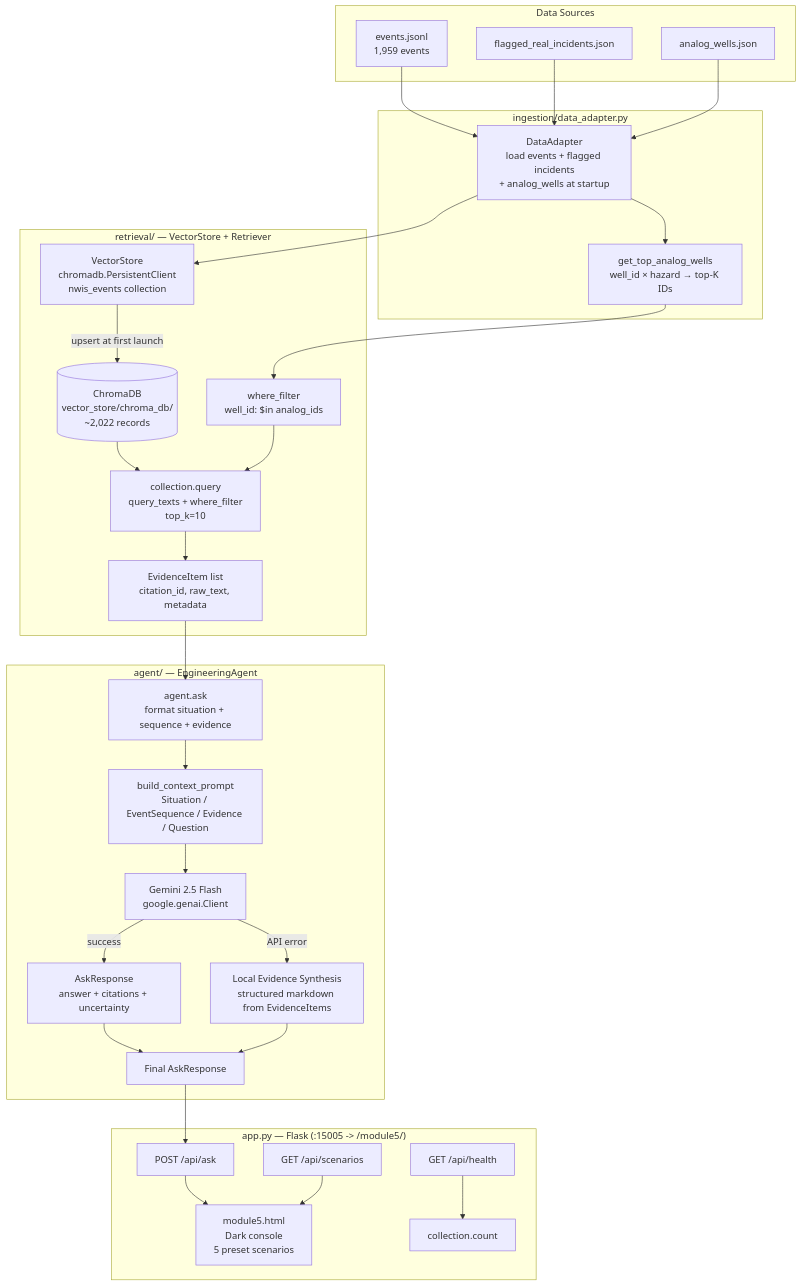
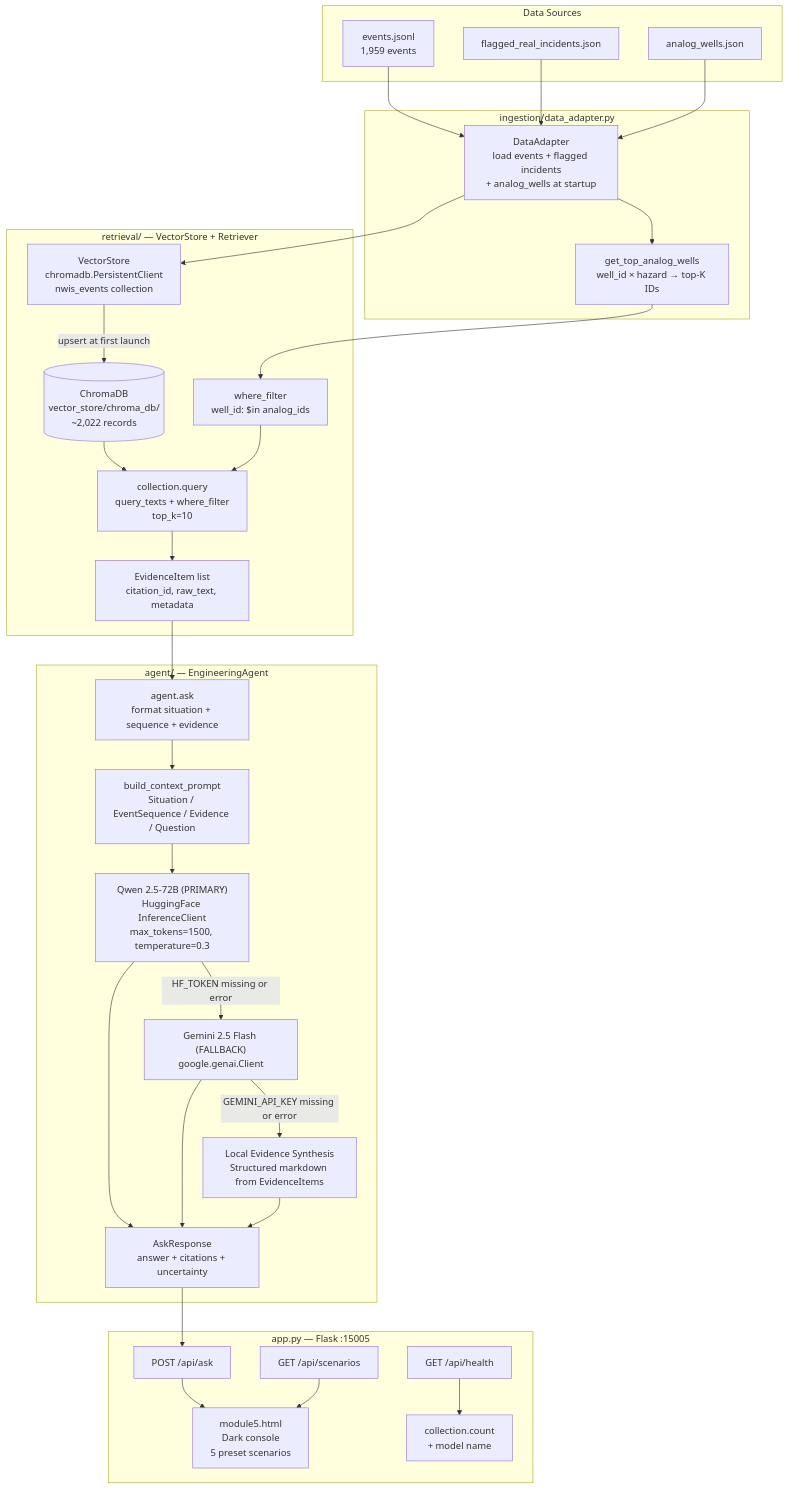
Before and after one commit to n3ssdub3y/SIH_2026_PLANNS: diagram 13 of 16 in ARCHITECTURE.md, drawn with Mermaid. The commit also changed other lines of this file and 3 other files, not shown here.

Commit message:
update architecture, a unified project research doc and an antigravity arch update rule

````diff
--- a/ARCHITECTURE.md
+++ b/ARCHITECTURE.md
@@ -735,40 +807,40 @@
 ```mermaid
 graph TD
     subgraph "Data Sources"
         M1E["events.jsonl\n1,959 events"]
         M1F["flagged_real_incidents.json"]
         M2A["analog_wells.json"]
     end
 
     subgraph "ingestion/data_adapter.py"
         M1E --> DA["DataAdapter\nload events + flagged incidents\n+ analog_wells at startup"]
         M1F --> DA
         M2A --> DA
         DA --> GET_ANALOGS["get_top_analog_wells\nwell_id × hazard → top-K IDs"]
     end
 
     subgraph "retrieval/ — VectorStore + Retriever"
         DA --> VS["VectorStore\nchromadb.PersistentClient\nnwis_events collection"]
         VS -->|"upsert at first launch"| CHROMA[("ChromaDB\nvector_store/chroma_db/\n~2,022 records")]
         GET_ANALOGS --> FILT["where_filter\nwell_id: $in analog_ids"]
         CHROMA --> SEARCH["collection.query\nquery_texts + where_filter\ntop_k=10"]
         FILT --> SEARCH
         SEARCH --> EV["EvidenceItem list\ncitation_id, raw_text, metadata"]
     end
 
     subgraph "agent/ — EngineeringAgent"
         EV --> AGT["agent.ask\nformat situation + sequence + evidence"]
         AGT --> PROMPT["build_context_prompt\nSituation / EventSequence / Evidence / Question"]
-        PROMPT --> GEMINI["Gemini 2.5 Flash\ngoogle.genai.Client"]
-        GEMINI -->|"success"| ANS["AskResponse\nanswer + citations + uncertainty"]
-        GEMINI -->|"API error"| FALLBACK["Local Evidence Synthesis\nstructured markdown from EvidenceItems"]
-        ANS & FALLBACK --> RESP["Final AskResponse"]
+        PROMPT --> HF["Qwen 2.5-72B (PRIMARY)\nHuggingFace InferenceClient\nmax_tokens=1500, temperature=0.3"]
+        HF -->|"HF_TOKEN missing or error"| GEM["Gemini 2.5 Flash (FALLBACK)\ngoogle.genai.Client"]
+        GEM -->|"GEMINI_API_KEY missing or error"| SYNTH["Local Evidence Synthesis\nStructured markdown from EvidenceItems"]
+        HF & GEM & SYNTH --> ANS["AskResponse\nanswer + citations + uncertainty"]
     end
 
-    subgraph "app.py — Flask (:15005 -> /module5/)"
-        RESP --> API["POST /api/ask"]
+    subgraph "app.py — Flask :15005"
+        ANS --> API["POST /api/ask"]
         API --> UI["module5.html\nDark console\n5 preset scenarios"]
         SCEN["GET /api/scenarios"] --> UI
-        HEALTH["GET /api/health"] --> COUNT["collection.count"]
+        HEALTH["GET /api/health"] --> COUNT["collection.count\n+ model name"]
     end
 ```
````
